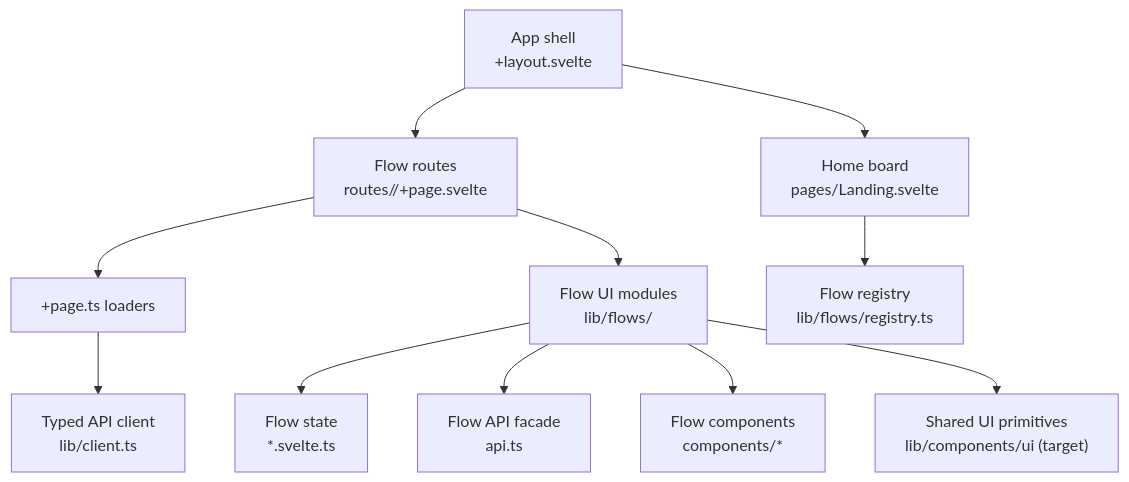
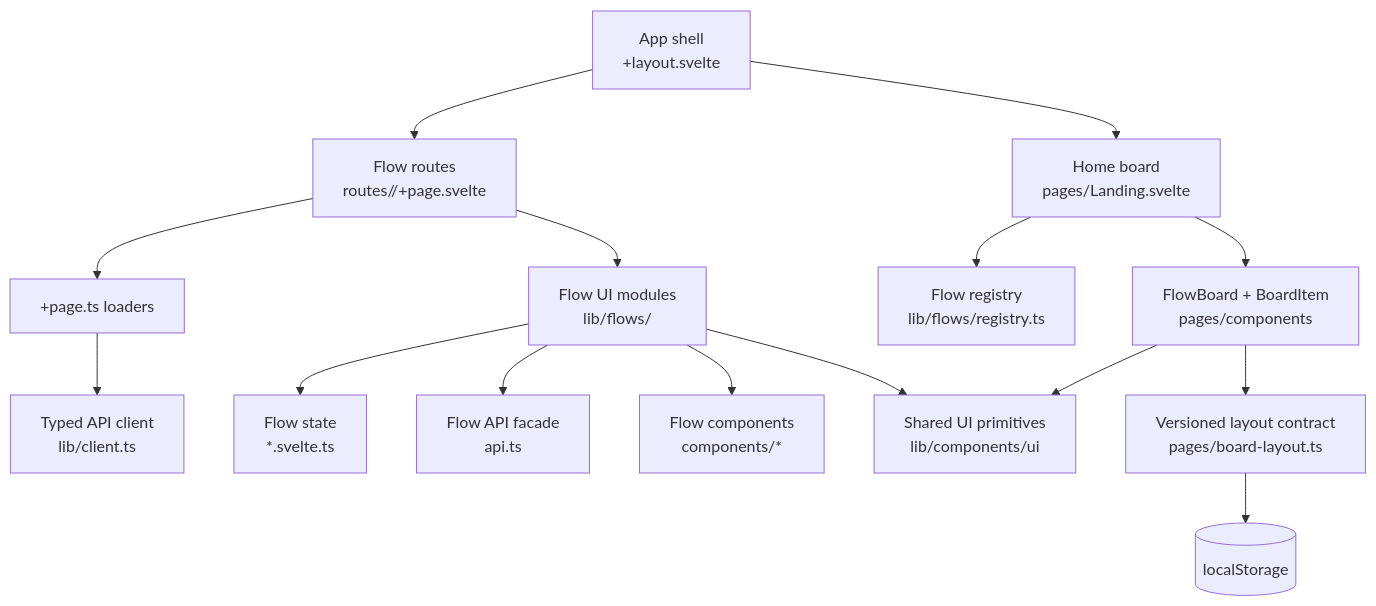
Before and after one commit to jorgesalica/flow-sample: the second of 3 diagrams in docs/architecture/system-map.md, drawn with Mermaid. The commit also changed other lines of this file and 21 other files, not shown here.

First line of the commit message:
feat(ui): add persistent flow board (#64)

````diff
--- a/docs/architecture/system-map.md
+++ b/docs/architecture/system-map.md
@@ -115,13 +115,17 @@
 ```mermaid
 flowchart TD
     shell["App shell\n+layout.svelte"] --> home["Home board\npages/Landing.svelte"]
     shell --> flowRoutes["Flow routes\nroutes/<flow>/+page.svelte"]
     flowRoutes --> loaders["+page.ts loaders"]
     loaders --> apiClient["Typed API client\nlib/client.ts"]
     flowRoutes --> flowUi["Flow UI modules\nlib/flows/<flow>"]
     flowUi --> flowState["Flow state\n*.svelte.ts"]
     flowUi --> flowApi["Flow API facade\napi.ts"]
     flowUi --> flowComponents["Flow components\ncomponents/*"]
-    flowUi --> sharedUi["Shared UI primitives\nlib/components/ui (target)"]
+    flowUi --> sharedUi["Shared UI primitives\nlib/components/ui"]
     home --> registry["Flow registry\nlib/flows/registry.ts"]
+    home --> board["FlowBoard + BoardItem\npages/components"]
+    board --> layout["Versioned layout contract\npages/board-layout.ts"]
+    layout --> localStorage[("localStorage")]
+    board --> sharedUi
 ```
````
